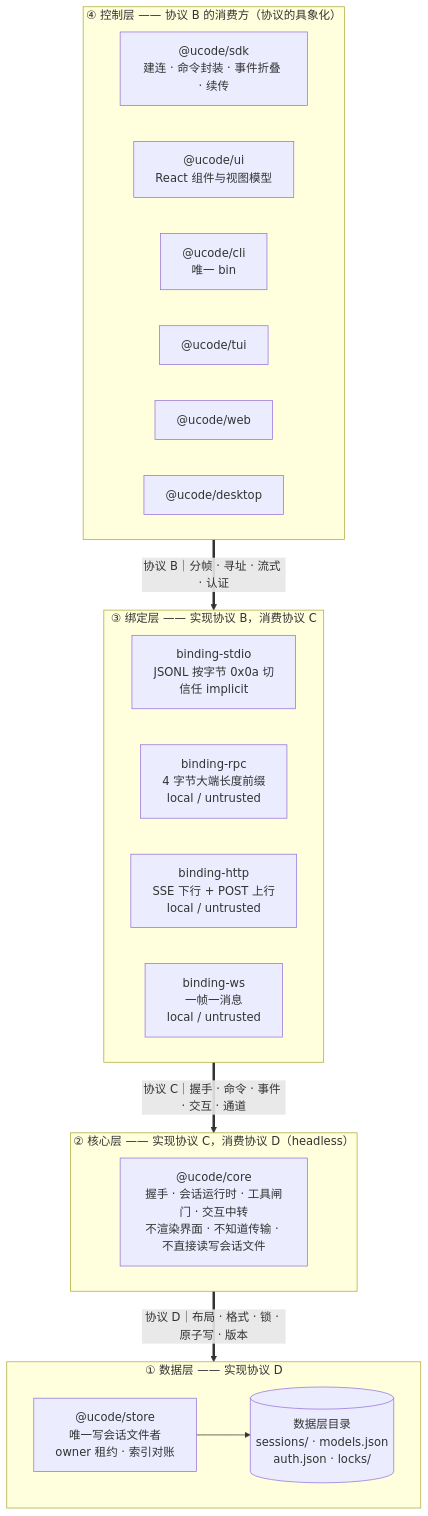
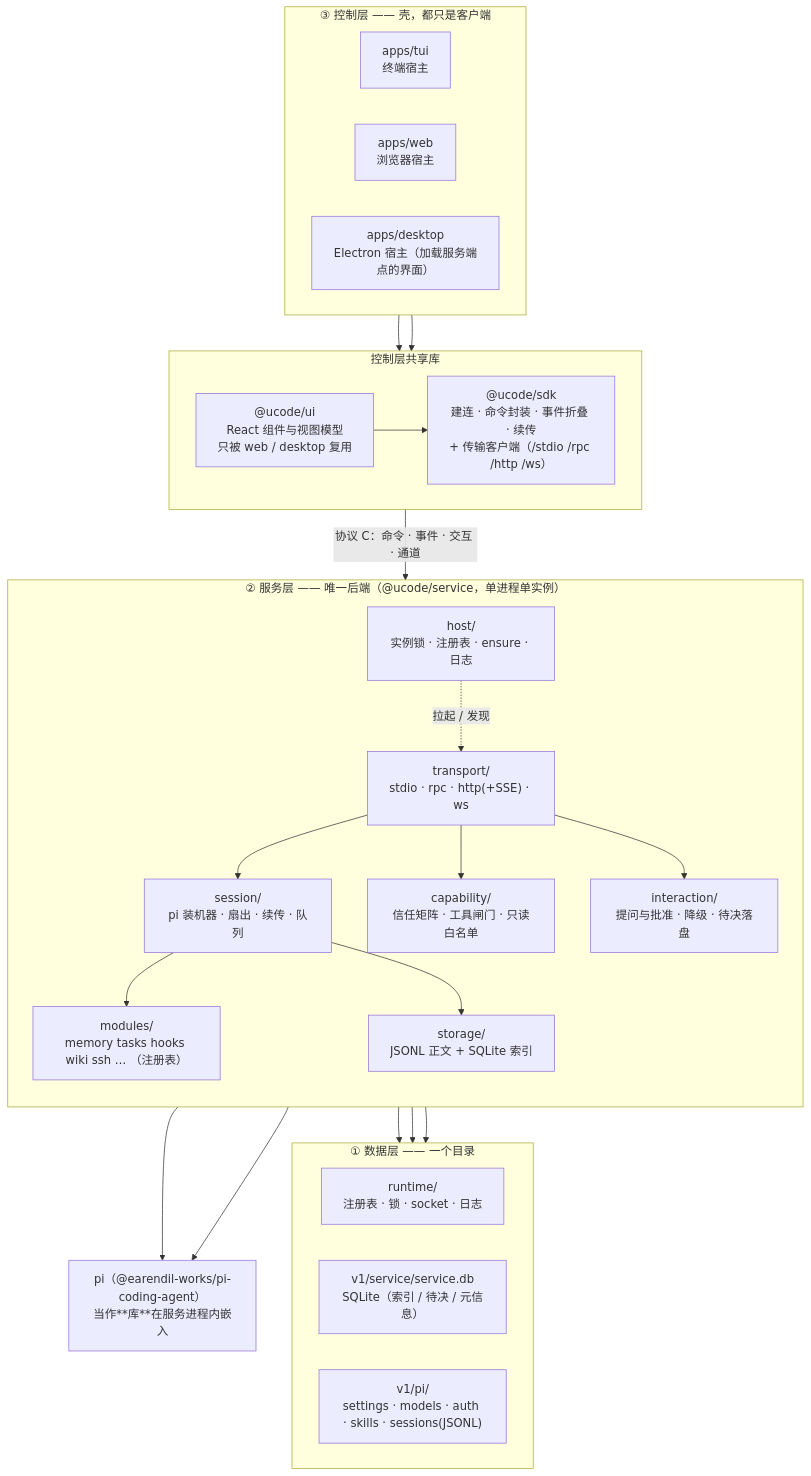
Before and after one commit to easyx-dev/ucode: the first of 4 diagrams in docs/00-架构总览.md, drawn with Mermaid. The commit also changed other lines of this file and 10 other files, not shown here.

````diff
--- a/docs/00-架构总览.md
+++ b/docs/00-架构总览.md
@@ -13,36 +15,51 @@
 ```mermaid
 flowchart TB
-  subgraph L4["④ 控制层 —— 协议 B 的消费方（协议的具象化）"]
+  subgraph L3["③ 控制层 —— 壳，都只是客户端"]
     direction LR
-    sdk["@ucode/sdk<br/>建连 · 命令封装 · 事件折叠 · 续传"]
-    ui["@ucode/ui<br/>React 组件与视图模型"]
-    cli["@ucode/cli<br/>唯一 bin"]
-    tui["@ucode/tui"]
-    web["@ucode/web"]
-    desktop["@ucode/desktop"]
+    tui["apps/tui<br/>终端宿主"]
+    web["apps/web<br/>浏览器宿主"]
+    desktop["apps/desktop<br/>Electron 宿主（加载服务端点的界面）"]
   end
 
-  subgraph L3["③ 绑定层 —— 实现协议 B，消费协议 C"]
+  subgraph LIB["控制层共享库"]
     direction LR
-    bs["binding-stdio<br/>JSONL 按字节 0x0a 切<br/>信任 implicit"]
-    br["binding-rpc<br/>4 字节大端长度前缀<br/>local / untrusted"]
-    bh["binding-http<br/>SSE 下行 + POST 上行<br/>local / untrusted"]
-    bw["binding-ws<br/>一帧一消息<br/>local / untrusted"]
+    ui["@ucode/ui<br/>React 组件与视图模型<br/>只被 web / desktop 复用"]
+    sdk["@ucode/sdk<br/>建连 · 命令封装 · 事件折叠 · 续传<br/>+ 传输客户端（/stdio /rpc /http /ws）"]
   end
 
-  subgraph L2["② 核心层 —— 实现协议 C，消费协议 D（headless）"]
-    direction LR
-    core["@ucode/core<br/>握手 · 会话运行时 · 工具闸门 · 交互中转<br/>不渲染界面 · 不知道传输 · 不直接读写会话文件"]
+  subgraph L2["② 服务层 —— 唯一后端（@ucode/service，单进程单实例）"]
+    direction TB
+    tr["transport/<br/>stdio · rpc · http(+SSE) · ws"]
+    se["session/<br/>pi 装机器 · 扇出 · 续传 · 队列"]
+    ca["capability/<br/>信任矩阵 · 工具闸门 · 只读白名单"]
+    ia["interaction/<br/>提问与批准 · 降级 · 待决落盘"]
+    mo["modules/<br/>memory tasks hooks wiki ssh … （注册表）"]
+    st["storage/<br/>JSONL 正文 + SQLite 索引"]
+    ho["host/<br/>实例锁 · 注册表 · ensure · 日志"]
   end
 
-  subgraph L1["① 数据层 —— 实现协议 D"]
+  subgraph L1["① 数据层 —— 一个目录"]
     direction LR
-    store["@ucode/store<br/>唯一写会话文件者<br/>owner 租约 · 索引对账"]
-    disk[("数据层目录<br/>sessions/ · models.json<br/>auth.json · locks/")]
+    rt["runtime/<br/>注册表 · 锁 · socket · 日志"]
+    db["v1/service/service.db<br/>SQLite（索引 / 待决 / 元信息）"]
+    pi["v1/pi/<br/>settings · models · auth · skills · sessions(JSONL)"]
   end
 
-  sdk ==>|"协议 B｜分帧 · 寻址 · 流式 · 认证"| bs
-  bs ==>|"协议 C｜握手 · 命令 · 事件 · 交互 · 通道"| core
-  core ==>|"协议 D｜布局 · 格式 · 锁 · 原子写 · 版本"| store
-  store --> disk
+  piBase["pi（@earendil-works/pi-coding-agent）<br/>当作**库**在服务进程内嵌入"]
+
+  tui --> sdk
+  web --> ui
+  ui --> sdk
+  sdk -- "协议 C：命令 · 事件 · 交互 · 通道" --> tr
+  tr --> se
+  tr --> ca
+  tr --> ia
+  se --> mo
+  se --> st
+  ho -.->|拉起 / 发现| tr
+  se --> piBase
+  mo --> piBase
+  st --> db
+  st --> pi
+  ho --> rt
 ```
````
